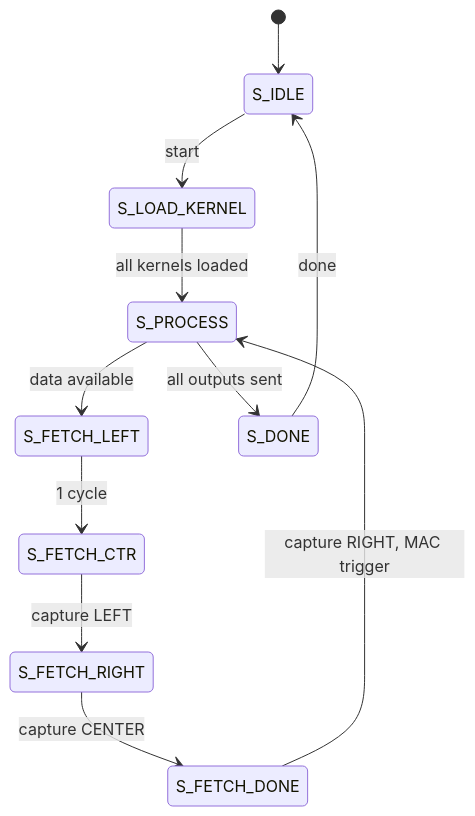
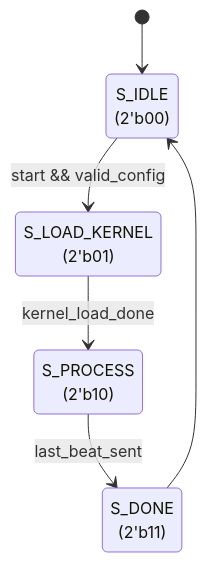
One commit to tom1209-netizen/vit-tiny-accelerator changed the diagram in fpga/docs/depthwise_conv_unit.md. Above: the diagram before and after it, drawn with Mermaid. The commit also changed other lines of this file and 11 other files, not shown here.

````diff
--- a/fpga/docs/depthwise_conv_unit.md
+++ b/fpga/docs/depthwise_conv_unit.md
@@ -203,14 +309,24 @@
 ```mermaid
 stateDiagram-v2
-    direction TB
-    [*] --> S_IDLE
-    S_IDLE --> S_LOAD_KERNEL: start
-    S_LOAD_KERNEL --> S_PROCESS: all kernels loaded
-    S_PROCESS --> S_FETCH_LEFT: data available
-    S_FETCH_LEFT --> S_FETCH_CTR: 1 cycle
-    S_FETCH_CTR --> S_FETCH_RIGHT: capture LEFT
-    S_FETCH_RIGHT --> S_FETCH_DONE: capture CENTER
-    S_FETCH_DONE --> S_PROCESS: capture RIGHT, MAC trigger
-    S_PROCESS --> S_DONE: all outputs sent
-    S_DONE --> S_IDLE: done
+  direction TB
+
+  %% Initial entry
+  [*] --> S_IDLE
+
+  %% States with encodings
+  state "S_IDLE
+  (2'b00)" as S_IDLE
+  state "S_LOAD_KERNEL
+  (2'b01)" as S_LOAD_KERNEL
+  state "S_PROCESS
+  (2'b10)" as S_PROCESS
+  state "S_DONE
+  (2'b11)" as S_DONE
+
+  %% Transitions
+  S_IDLE --> S_LOAD_KERNEL: start && valid_config
+  S_LOAD_KERNEL --> S_PROCESS: kernel_load_done
+  S_PROCESS --> S_DONE: last_beat_sent
+  S_DONE --> S_IDLE
+
 ```
````
